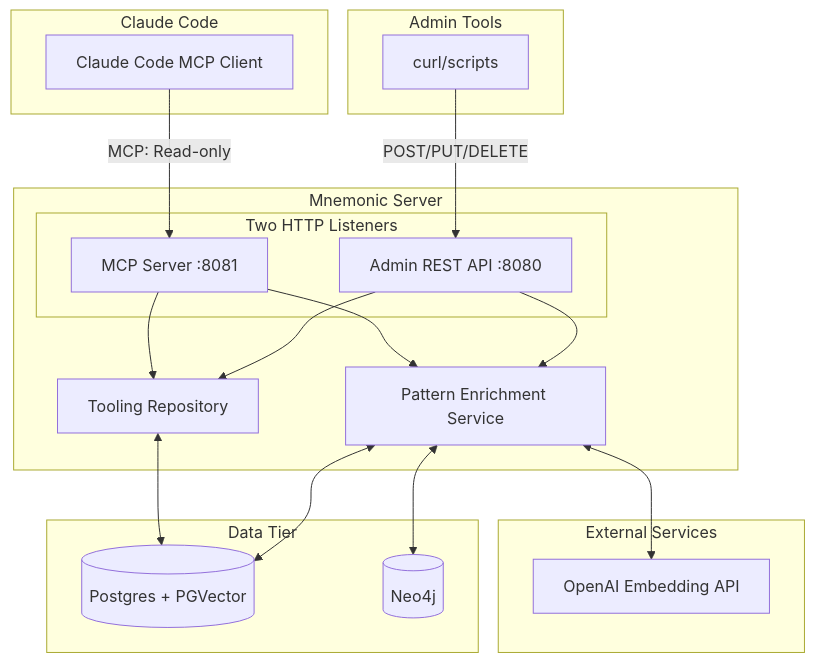
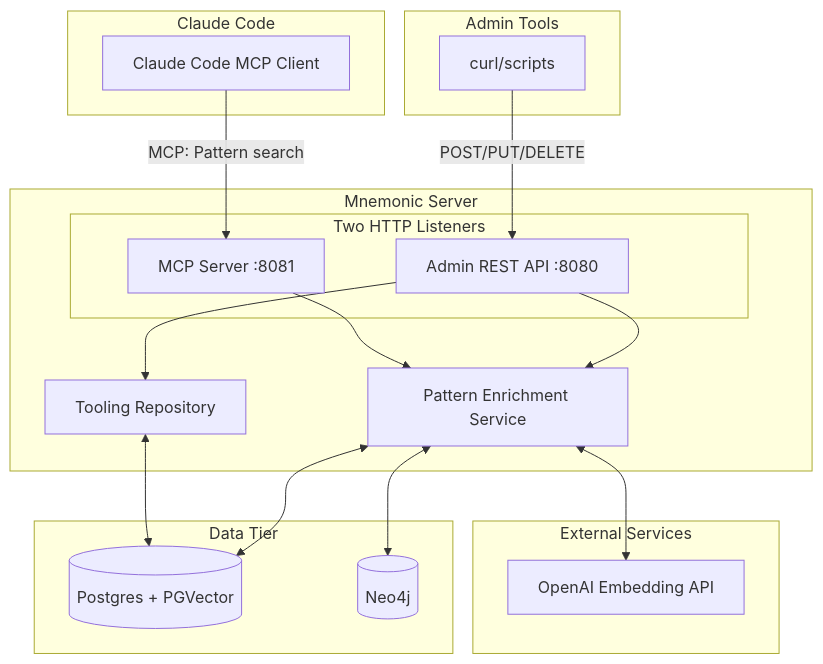
Before and after one commit to twistingmercury/mnemonic-mcp: the first of 6 diagrams in docs/architecture/02-system-architecture.md, drawn with Mermaid. The commit also changed other lines of this file and 49 other files, not shown here.

````diff
--- a/docs/architecture/02-system-architecture.md
+++ b/docs/architecture/02-system-architecture.md
@@ -24,39 +24,38 @@
 ```mermaid
 graph TB
     subgraph "Claude Code"
         CC[Claude Code MCP Client]
     end
 
     subgraph "Admin Tools"
         CURL[curl/scripts]
     end
 
     subgraph "Mnemonic Server"
         subgraph "Two HTTP Listeners"
             ADMIN[Admin REST API :8080]
             MCP[MCP Server :8081]
         end
         PATTERN[Pattern Enrichment Service]
         TOOLING[Tooling Repository]
     end
 
     subgraph "Data Tier"
         PG[(Postgres + PGVector)]
         NEO[(Neo4j)]
     end
 
     subgraph "External Services"
         OPENAI[OpenAI Embedding API]
     end
 
     CURL -->|"POST/PUT/DELETE"| ADMIN
-    CC -->|"MCP: Read-only"| MCP
+    CC -->|"MCP: Pattern search"| MCP
     ADMIN --> PATTERN
     ADMIN --> TOOLING
     MCP --> PATTERN
-    MCP --> TOOLING
     PATTERN <--> PG
     PATTERN <--> NEO
     TOOLING <--> PG
     PATTERN <--> OPENAI
 ```
````
